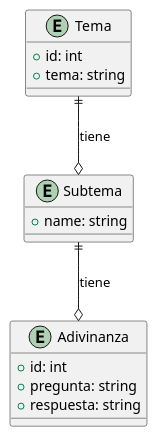
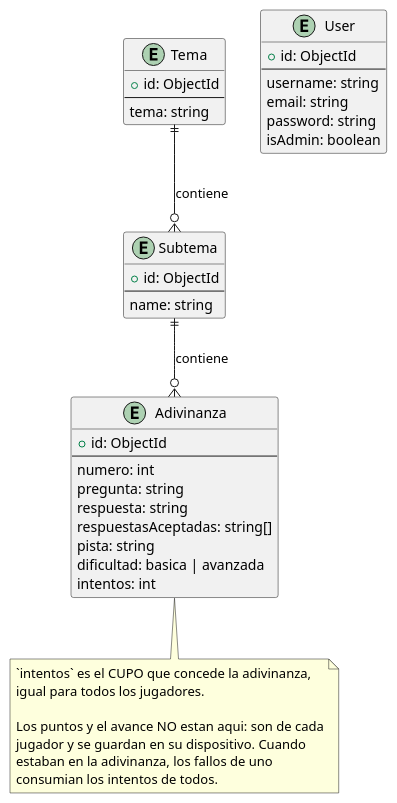
The diagram in docs/DiagramaDB.wsd (cdoaweb/pci-adivimat), drawn with PlantUML before and after one commit. The commit also changed 10 other files, not shown here.

```diff
--- a/docs/DiagramaDB.wsd
+++ b/docs/DiagramaDB.wsd
@@ -1,21 +1,53 @@
 @startuml Diagrama entidad relación
 
+' Tema, Subtema y Adivinanza no son colecciones independientes: viven en un
+' mismo documento de MongoDB. Subtema y Adivinanza son subdocumentos anidados,
+' y por eso su identificador lo asigna Mongo dentro del documento padre.
+
 entity Tema {
-    +id: int
-    +tema: string
+    +id: ObjectId
+    --
+    tema: string
 }
 
 entity Subtema {
-    +name: string
+    +id: ObjectId
+    --
+    name: string
 }
 
 entity Adivinanza {
-    +id: int
-    +pregunta: string
-    +respuesta: string
+    +id: ObjectId
+    --
+    numero: int
+    pregunta: string
+    respuesta: string
+    respuestasAceptadas: string[]
+    pista: string
+    dificultad: basica | avanzada
+    intentos: int
 }
 
-Tema ||--o Subtema : tiene
-Subtema ||--o Adivinanza : tiene
+entity User {
+    +id: ObjectId
+    --
+    username: string
+    email: string
+    password: string
+    isAdmin: boolean
+}
+
+note bottom of Adivinanza
+  `intentos` es el CUPO que concede la adivinanza,
+  igual para todos los jugadores.
+
+  Los puntos y el avance NO estan aqui: son de cada
+  jugador y se guardan en su dispositivo. Cuando
+  estaban en la adivinanza, los fallos de uno
+  consumian los intentos de todos.
+end note
+
+Tema ||--o{ Subtema : contiene
+Subtema ||--o{ Adivinanza : contiene
 
 @enduml
```
